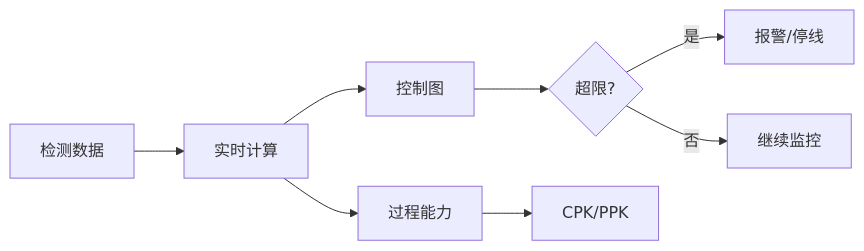
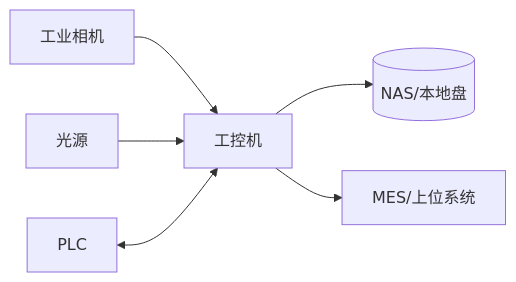
One commit to dswcpp/DefectDetection- changed the first of 2 diagrams in docs/基于QT6+OpenCV4 6实现产品缺陷值检测.md. Above: the diagram before and after it, drawn with Mermaid. The commit also changed other lines of this file and 28 other files, not shown here.

````diff
--- a/docs/基于QT6+OpenCV4 6实现产品缺陷值检测.md
+++ b/docs/基于QT6+OpenCV4 6实现产品缺陷值检测.md
@@ -1744,12 +33,8 @@
 ```mermaid
 flowchart LR
-    A[检测数据] --> B[实时计算]
-    B --> C[控制图]
-    B --> D[过程能力]
-    
-    C --> E{超限?}
-    E -->|是| F[报警/停线]
-    E -->|否| G[继续监控]
-    
-    D --> H[CPK/PPK]
+    CAM[工业相机] --> IPC[工控机]
+    LIGHT[光源] --> IPC
+    PLC[PLC] <--> IPC
+    IPC --> NAS[(NAS/本地盘)]
+    IPC --> MES[MES/上位系统]
 ```
````
